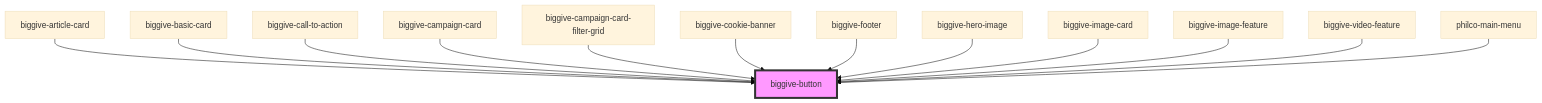
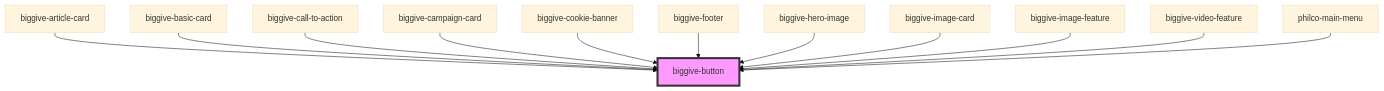
The diagram in src/components/biggive-button/readme.md (thebiggive/components), drawn with Mermaid (base theme) before and after one commit. The commit also changed other lines of this file and 9 other files, not shown here.

First line of the commit message:
SO-78: Remove biggive campaign filter grid componenent

````diff
--- a/src/components/biggive-button/readme.md
+++ b/src/components/biggive-button/readme.md
@@ -51,16 +50,15 @@
 ```mermaid
 graph TD;
   biggive-article-card --> biggive-button
   biggive-basic-card --> biggive-button
   biggive-call-to-action --> biggive-button
   biggive-campaign-card --> biggive-button
-  biggive-campaign-card-filter-grid --> biggive-button
   biggive-cookie-banner --> biggive-button
   biggive-footer --> biggive-button
   biggive-hero-image --> biggive-button
   biggive-image-card --> biggive-button
   biggive-image-feature --> biggive-button
   biggive-video-feature --> biggive-button
   philco-main-menu --> biggive-button
   style biggive-button fill:#f9f,stroke:#333,stroke-width:4px
 ```
````
